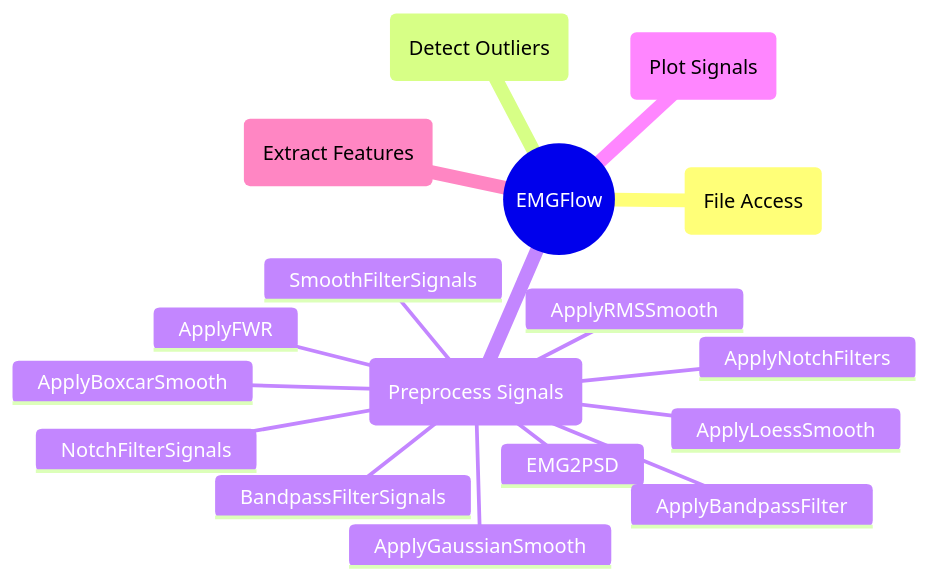
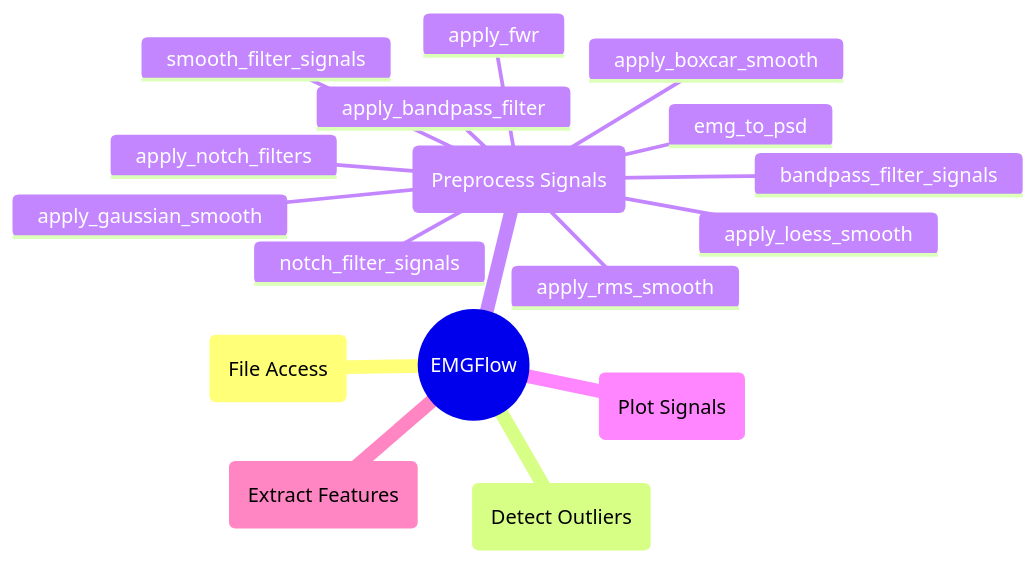
Before and after one commit to WiIIson/EMGFlow-Python-Package: the diagram in docs/reference/preprocess-signals.md, drawn with Mermaid. The commit also changed other lines of this file, not shown here.

First line of the commit message:
Updated preprocess-signals docs

````diff
--- a/docs/reference/preprocess-signals.md
+++ b/docs/reference/preprocess-signals.md
@@ -7,20 +7,20 @@
 ```mermaid
 mindmap
     root((EMGFlow))
         AF(File Access)
         DO(Detect Outliers)
         PrS(Preprocess Signals)
-            EMG2PSD
-            ApplyNotchFilters
-            NotchFilterSignals
-            ApplyBandpassFilter
-            BandpassFilterSignals
-            ApplyFWR
-            ApplyBoxcarSmooth
-            ApplyRMSSmooth
-            ApplyGaussianSmooth
-            ApplyLoessSmooth
-            SmoothFilterSignals
+            emg_to_psd
+            apply_notch_filters
+            notch_filter_signals
+            apply_bandpass_filter
+            bandpass_filter_signals
+            apply_fwr
+            apply_boxcar_smooth
+            apply_rms_smooth
+            apply_gaussian_smooth
+            apply_loess_smooth
+            smooth_filter_signals
         PlS(Plot Signals)
         EF(Extract Features)
 ```
````
